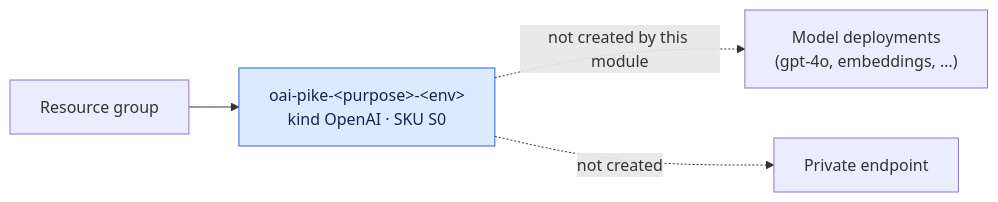
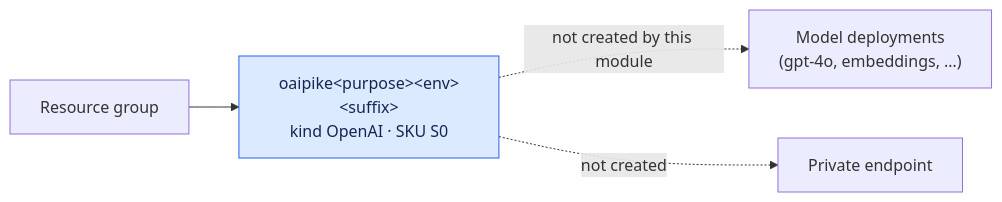
One commit to PROMETHEUS-N/pike-infra-eaas-new changed the diagram in modules/ai/README.md. Above: the diagram before and after it, drawn with Mermaid. The commit also changed other lines of this file and 13 other files, not shown here.

````diff
--- a/modules/ai/README.md
+++ b/modules/ai/README.md
@@ -26,9 +26,9 @@
 ```mermaid
 flowchart LR
-    RG["Resource group"] --> OAI["oai-pike-&lt;purpose&gt;-&lt;env&gt;<br/>kind OpenAI · SKU S0"]
+    RG["Resource group"] --> OAI["oaipike&lt;purpose&gt;&lt;env&gt;&lt;suffix&gt;<br/>kind OpenAI · SKU S0"]
     OAI -. "not created by this module" .-> DEP["Model deployments<br/>(gpt-4o, embeddings, …)"]
     OAI -. "not created" .-> PE["Private endpoint"]
 
     classDef oai fill:#dbeafe,stroke:#2563eb,color:#172554
     class OAI oai
 ```
````
